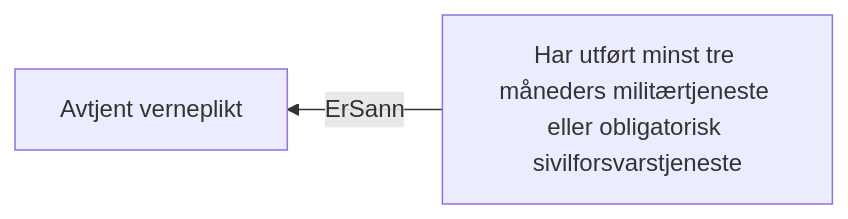
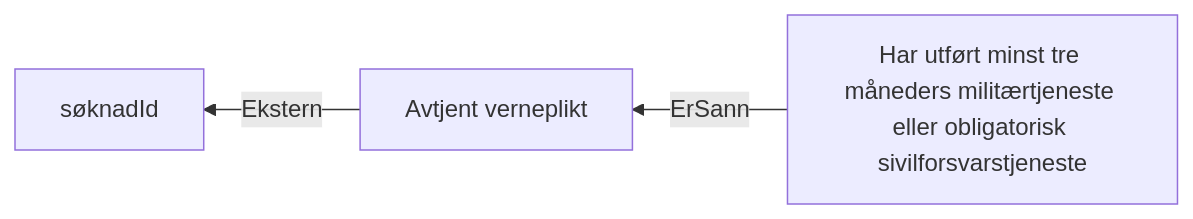
The diagram in docs/regler/§ 4-19 Verneplikt.approved.md (navikt/dp-vedtak), drawn with Mermaid before and after one commit. The commit also changed 8 other files, not shown here.

````diff
--- a/docs/regler/§ 4-19 Verneplikt.approved.md
+++ b/docs/regler/§ 4-19 Verneplikt.approved.md
@@ -5,4 +5,5 @@
 ```mermaid
 graph RL
-  A["Har utført minst tre måneders militærtjeneste eller obligatorisk sivilforsvarstjeneste"] -->|"ErSann"| B["Avtjent verneplikt"]
+  A["Avtjent verneplikt"] -->|"Ekstern"| B["søknadId"]
+  C["Har utført minst tre måneders militærtjeneste eller obligatorisk sivilforsvarstjeneste"] -->|"ErSann"| A["Avtjent verneplikt"]
 ```
````
